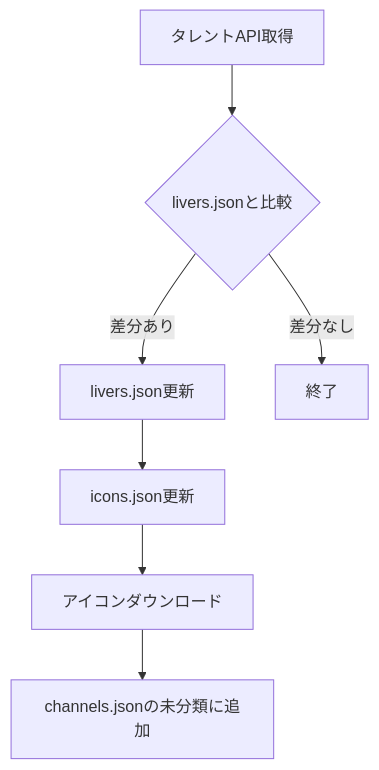
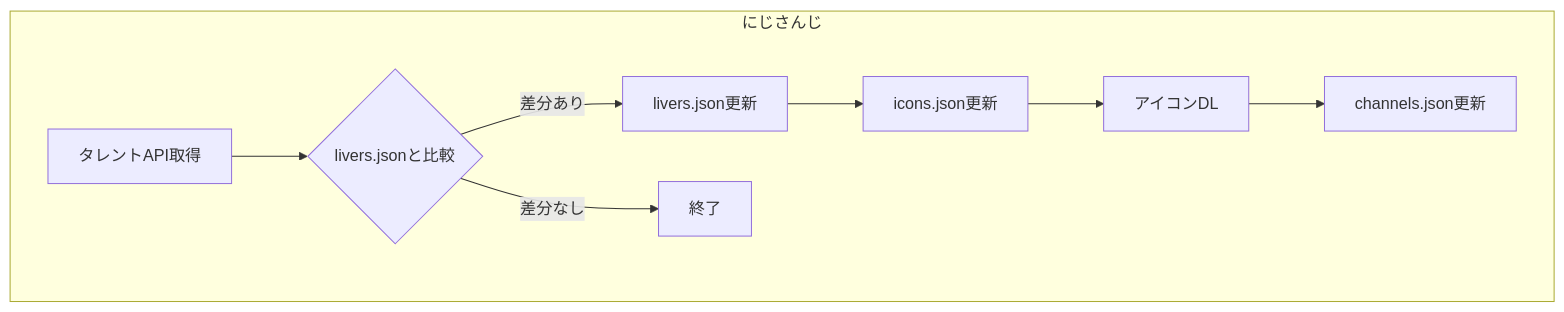
The first of 2 diagrams in docs/talent-auto-update.md (miyaoka/liver-streams), drawn with Mermaid before and after one commit. The commit also changed other lines of this file and 5 other files, not shown here.

````diff
--- a/docs/talent-auto-update.md
+++ b/docs/talent-auto-update.md
@@ -51,9 +84,11 @@
 ```mermaid
 flowchart TD
-    A[タレントAPI取得] --> B{livers.jsonと比較}
-    B -->|差分あり| C[livers.json更新]
-    C --> D[icons.json更新]
-    D --> E[アイコンダウンロード]
-    E --> F[channels.jsonの未分類に追加]
-    B -->|差分なし| G[終了]
+    subgraph にじさんじ
+        N1[タレントAPI取得] --> N2{livers.jsonと比較}
+        N2 -->|差分あり| N3[livers.json更新]
+        N3 --> N4[icons.json更新]
+        N4 --> N5[アイコンDL]
+        N5 --> N6[channels.json更新]
+        N2 -->|差分なし| N7[終了]
+    end
 ```
````
